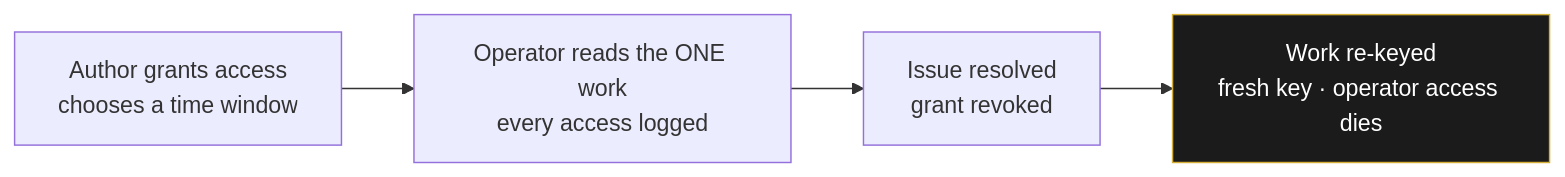
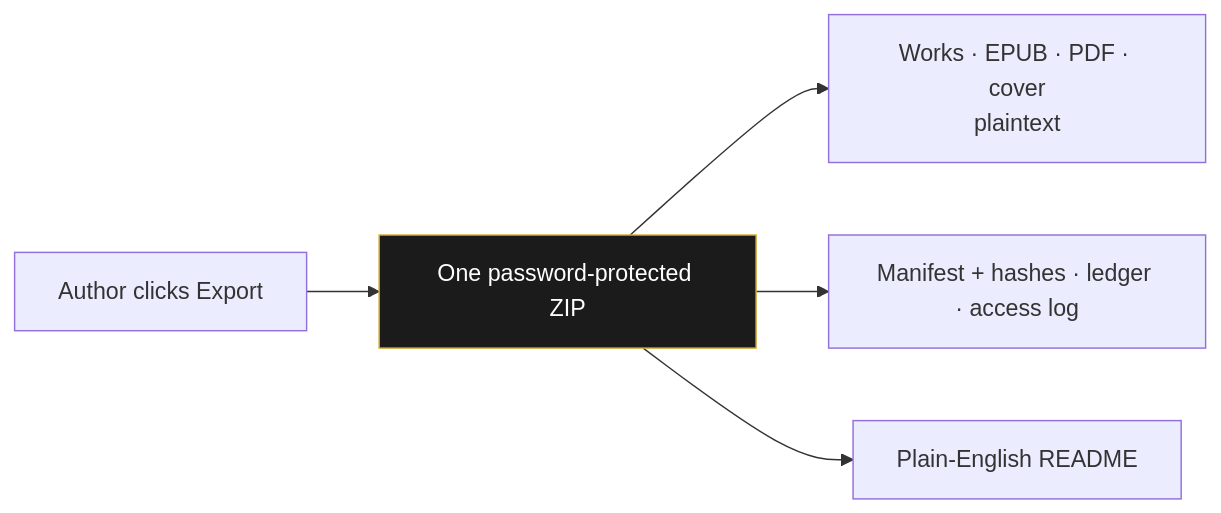
One commit to ajgreyling/arjuna-badger-press changed the eighth of 9 diagrams in docs/TECHNOLOGY.md. Above: the diagram before and after it, drawn with Mermaid. The commit also changed other lines of this file, not shown here.

First line of the commit message:
technology: §8 to honest encrypted-at-rest posture (retire zero-access claim)

````diff
--- a/docs/TECHNOLOGY.md
+++ b/docs/TECHNOLOGY.md
@@ -285,8 +273,9 @@
 ```mermaid
 flowchart LR
-    G[Author grants access<br/>chooses a time window] --> O[Operator reads the ONE work<br/>every access logged]
-    O --> R[Issue resolved<br/>grant revoked]
-    R --> K[Work re-keyed<br/>fresh key · operator access dies]
+    U[Author clicks Export] --> Z[One password-protected ZIP]
+    Z --> W[Works · EPUB · PDF · cover<br/>plaintext]
+    Z --> M[Manifest + hashes · ledger · access log]
+    Z --> R[Plain-English README]
     classDef gate fill:#1b1b1b,stroke:#d4af37,color:#fff;
-    class K gate;
+    class Z gate;
 ```
````
